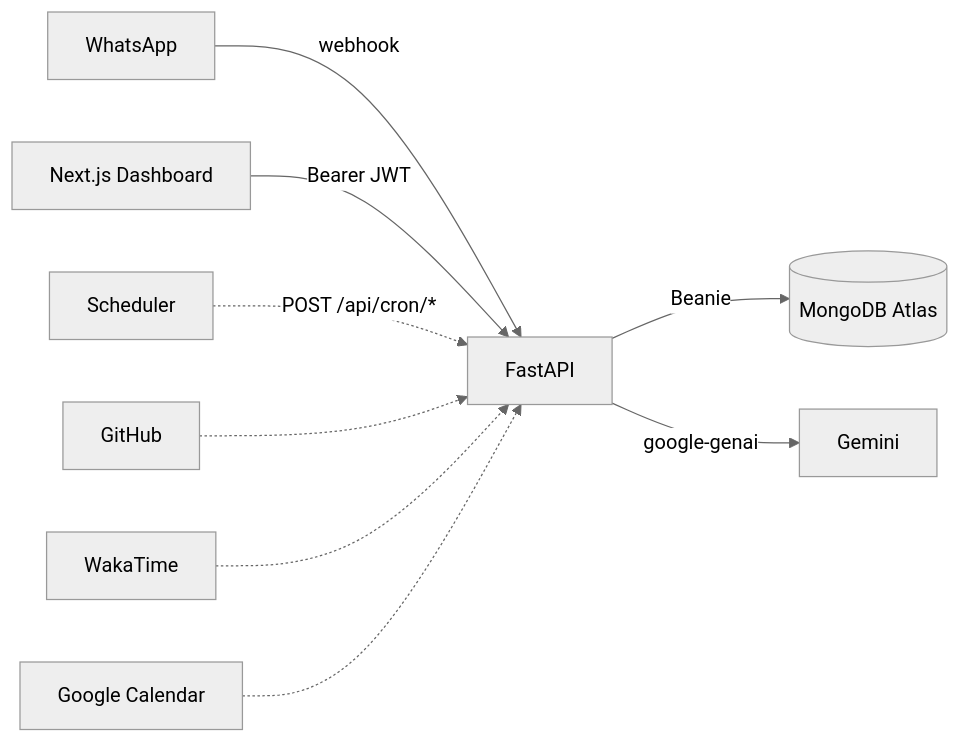
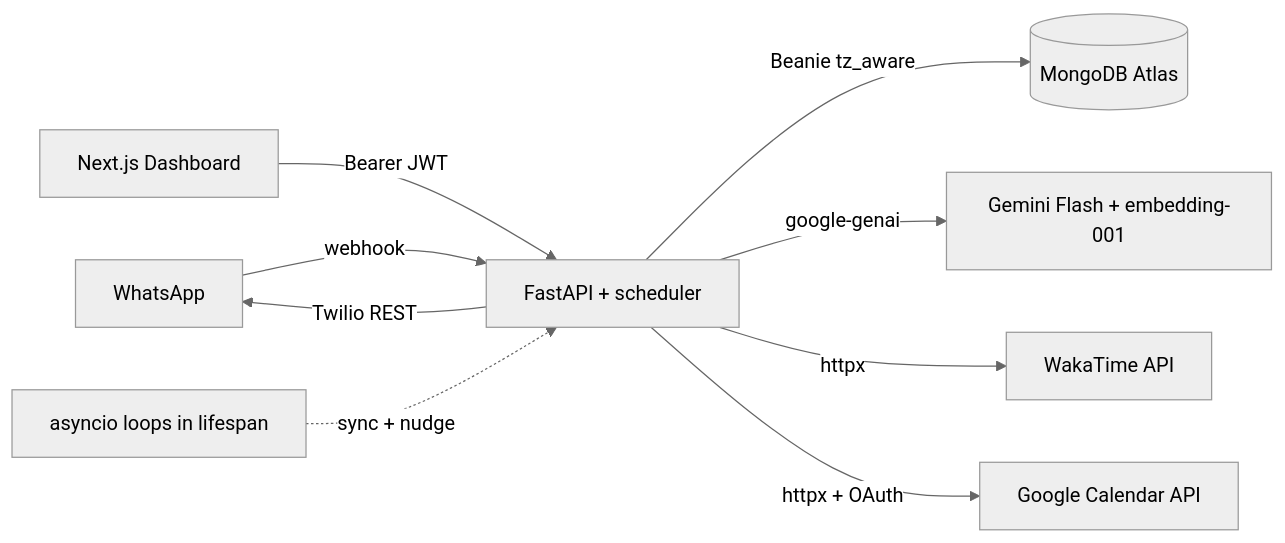
The diagram in context.md (pateldivyesh1323/orbit), drawn with Mermaid (neutral theme) before and after one commit. The commit also changed other lines of this file and 11 other files, not shown here.

````diff
--- a/context.md
+++ b/context.md
@@ -273,11 +373,11 @@
 ```mermaid
 flowchart LR
-    WA[WhatsApp] -->|webhook| API[FastAPI]
+    WA[WhatsApp] -->|webhook| API[FastAPI + scheduler]
     Dash[Next.js Dashboard] -->|Bearer JWT| API
-    API -->|Beanie| Mongo[(MongoDB Atlas)]
-    Cron[Scheduler] -.->|POST /api/cron/*| API
-    API -->|google-genai| Gemini[Gemini]
-    GH[GitHub] -.-> API
-    WK[WakaTime] -.-> API
-    GC[Google Calendar] -.-> API
+    API -->|Beanie tz_aware| Mongo[(MongoDB Atlas)]
+    Sched[asyncio loops in lifespan] -.->|sync + nudge| API
+    API -->|google-genai| Gemini[Gemini Flash + embedding-001]
+    API -->|httpx| WK[WakaTime API]
+    API -->|httpx + OAuth| GC[Google Calendar API]
+    API -->|Twilio REST| WA
 ```
````
